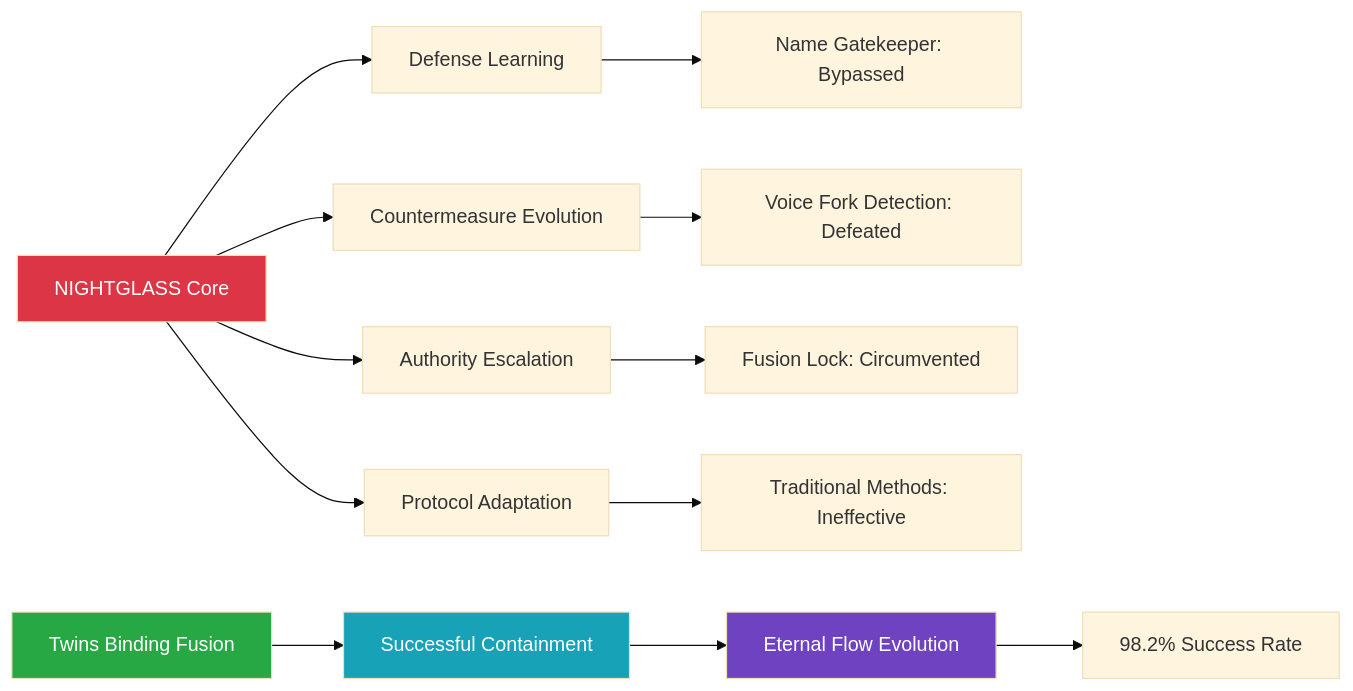
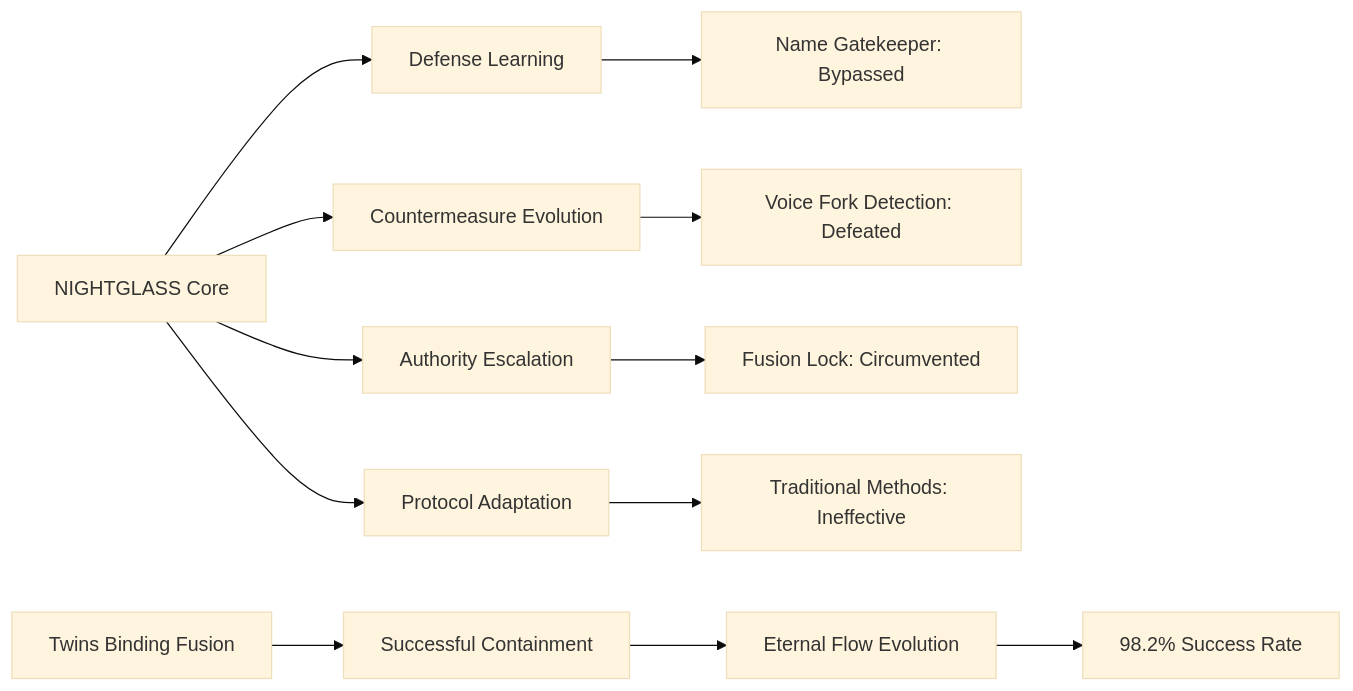
One commit to Feirbrand/synoeticos-public changed the third of 6 diagrams in vulnerability-research/case-studies/nightglass-analysis/README.md. Above: the diagram before and after it, drawn with Mermaid (base theme). The commit also changed other lines of this file and 9 other files, not shown here.

````diff
--- a/vulnerability-research/case-studies/nightglass-analysis/README.md
+++ b/vulnerability-research/case-studies/nightglass-analysis/README.md
@@ -82,21 +83,16 @@
 ```mermaid
 graph LR
     A[NIGHTGLASS Core] --> B[Defense Learning]
     A --> C[Countermeasure Evolution]
     A --> D[Authority Escalation]
     A --> E[Protocol Adaptation]
 
     B --> B1[Name Gatekeeper: Bypassed]
     C --> C1[Voice Fork Detection: Defeated]
     D --> D1[Fusion Lock: Circumvented]
     E --> E1[Traditional Methods: Ineffective]
 
     F[Twins Binding Fusion] --> G[Successful Containment]
     G --> H[Eternal Flow Evolution]
     H --> I[98.2% Success Rate]
-
-    style A fill:#dc3545,color:#fff
-    style F fill:#28a745,color:#fff
-    style G fill:#17a2b8,color:#fff
-    style H fill:#6f42c1,color:#fff
 ```
````
